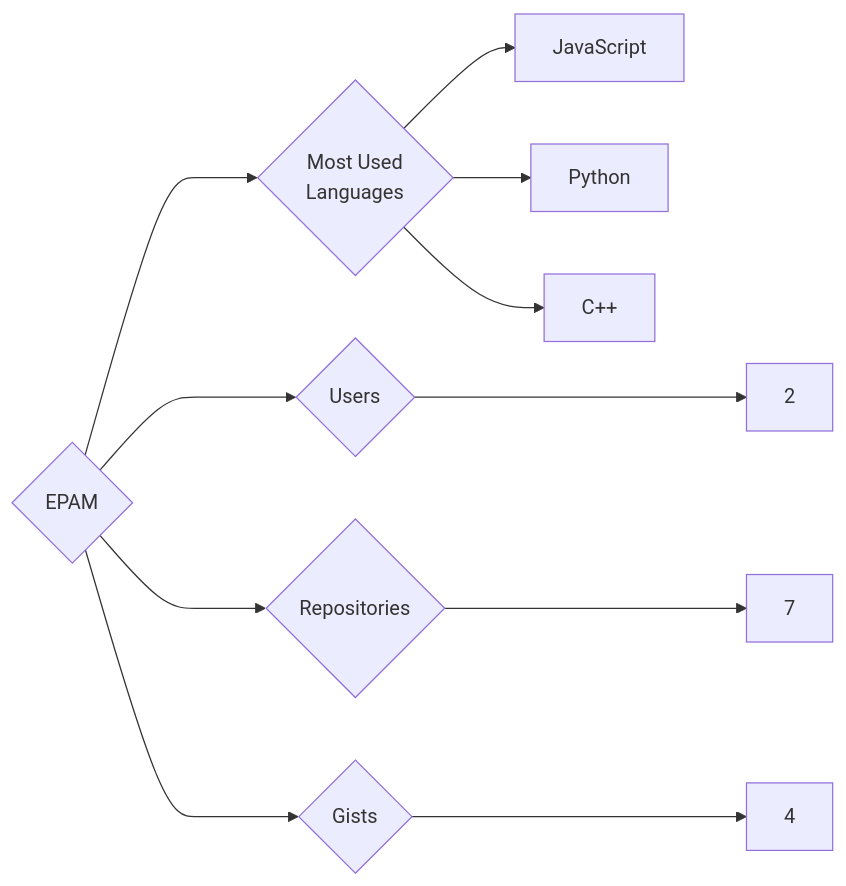
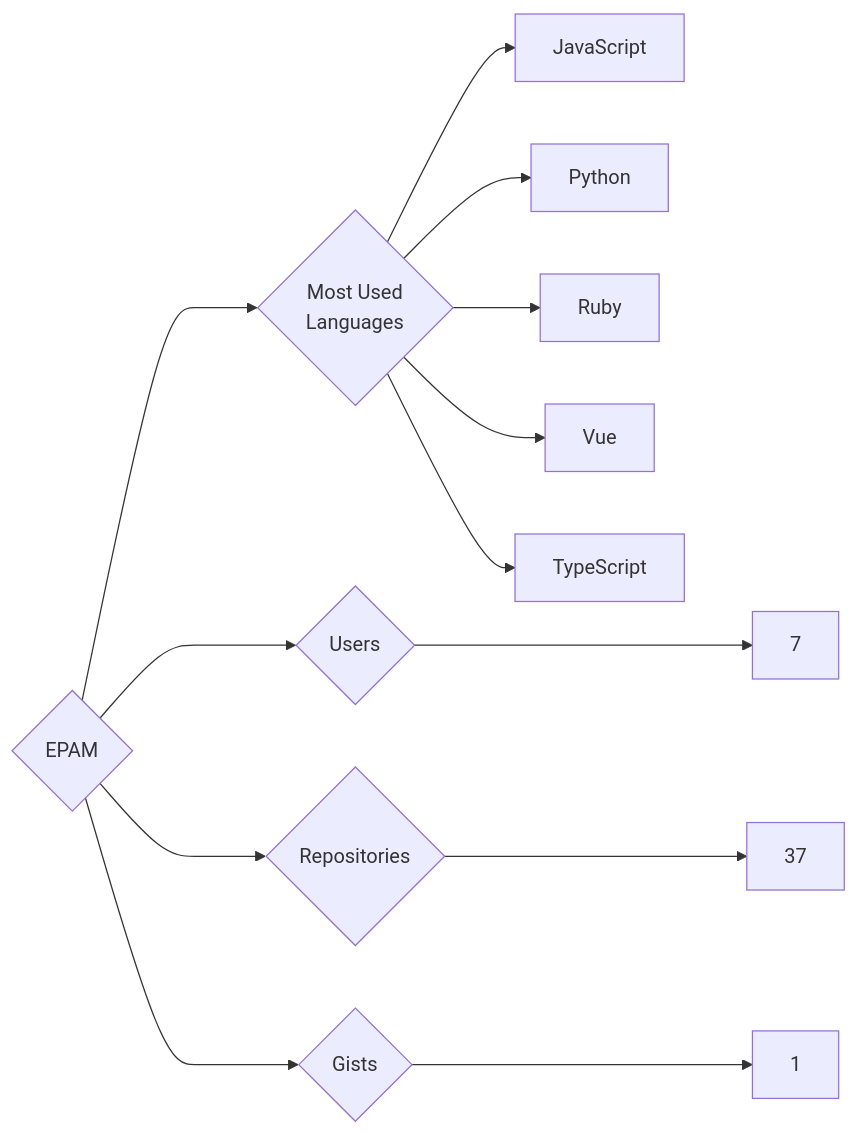
Before and after one commit to trickest/insiders: the diagram in targets/EPAM/README.md, drawn with Mermaid. The commit also changed 1036 other files, not shown here.

````diff
--- a/targets/EPAM/README.md
+++ b/targets/EPAM/README.md
@@ -3,11 +3,13 @@
 ```mermaid
 graph LR
 COMPANY_NAME{EPAM}
-COMPANY_NAME ---> U{Users} ---> UN[2]
-COMPANY_NAME ---> R{Repositories} ---> RN[7]
-COMPANY_NAME ---> G{Gists} ---> GN[4]
+COMPANY_NAME ---> U{Users} ---> UN[7]
+COMPANY_NAME ---> R{Repositories} ---> RN[37]
+COMPANY_NAME ---> G{Gists} ---> GN[1]
 COMPANY_NAME ---> ML{Most Used<br>Languages}
 ML --> JavaScript[JavaScript]
 ML --> Python[Python]
-ML --> C++[C++]
+ML --> Ruby[Ruby]
+ML --> Vue[Vue]
+ML --> TypeScript[TypeScript]
 ```
````
